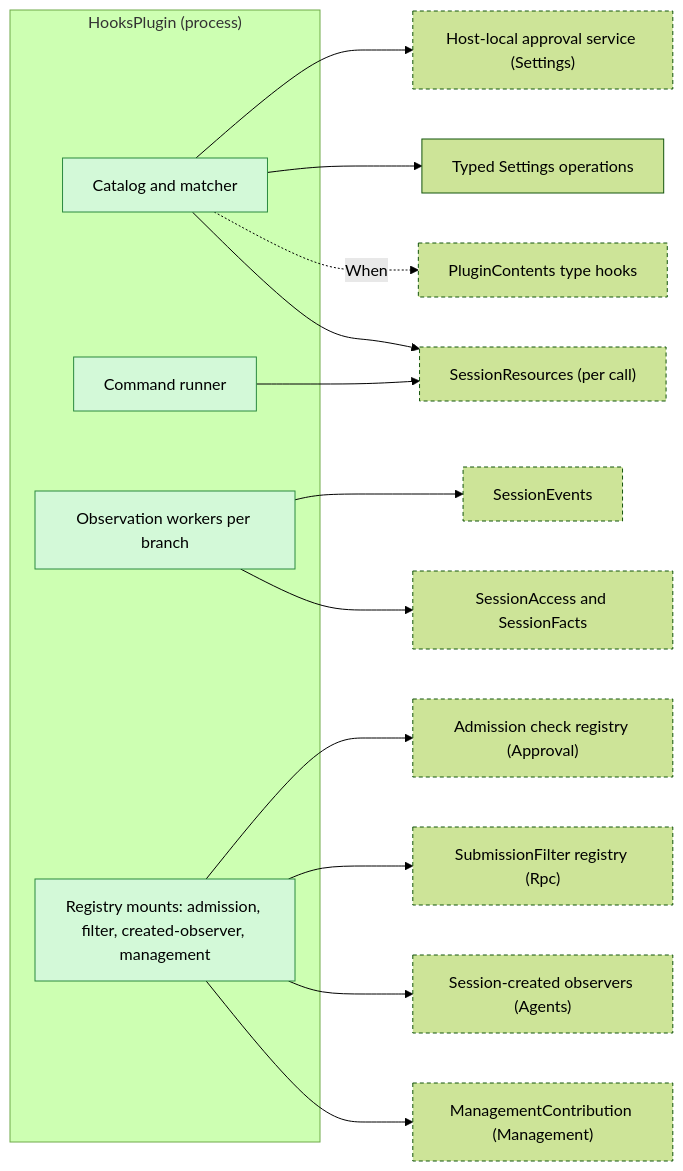
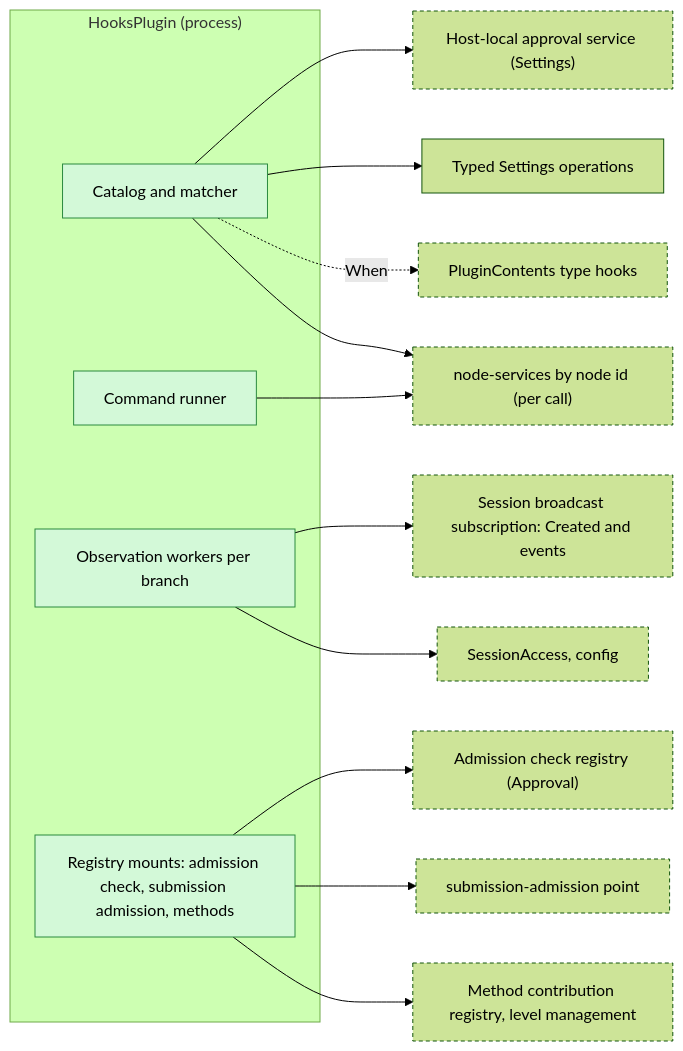
Before and after one commit to CoutinhoTTS/dim-agent: the first of 6 diagrams in docs/design/plugins/Hooks.md, drawn with Mermaid (forest theme). The commit also changed other lines of this file and 3 other files, not shown here.

````diff
--- a/docs/design/plugins/Hooks.md
+++ b/docs/design/plugins/Hooks.md
@@ -9,34 +9,32 @@
 ```mermaid
 flowchart LR
   subgraph HooksPlugin["HooksPlugin (process)"]
     Catalog["Catalog and matcher"]
     Runner["Command runner"]
     Observer["Observation workers per branch"]
-    Mounts["Registry mounts: admission, filter, created-observer, management"]
+    Mounts["Registry mounts: admission check, submission admission, methods"]
   end
   AdmReg["Admission check registry (Approval)"]
-  FilterReg["SubmissionFilter registry (Rpc)"]
-  CreatedReg["Session-created observers (Agents)"]
-  MgmtReg["ManagementContribution (Management)"]
-  Events["SessionEvents"]
-  Access["SessionAccess and SessionFacts"]
-  Res["SessionResources (per call)"]
+  FilterReg["submission-admission point"]
+  MgmtReg["Method contribution registry, level management"]
+  Events["Session broadcast subscription: Created and events"]
+  Access["SessionAccess, config"]
+  Res["node-services by node id (per call)"]
   Approvals["Host-local approval service (Settings)"]
   Settings["Typed Settings operations"]
   Contents["PluginContents type hooks"]
   Mounts --> AdmReg
   Mounts --> FilterReg
-  Mounts --> CreatedReg
   Mounts --> MgmtReg
   Observer --> Events
   Observer --> Access
   Runner --> Res
   Catalog --> Approvals
   Catalog --> Settings
   Catalog -.->|When| Contents
   Catalog --> Res
   classDef new fill:#d3f9d8,stroke:#2b8a3e,color:#000
   classDef contract stroke-dasharray:4 3
   class Catalog,Runner,Observer,Mounts new
-  class AdmReg,FilterReg,CreatedReg,MgmtReg,Events,Access,Res,Approvals,Contents contract
+  class AdmReg,FilterReg,MgmtReg,Events,Access,Res,Approvals,Contents contract
 ```
````
